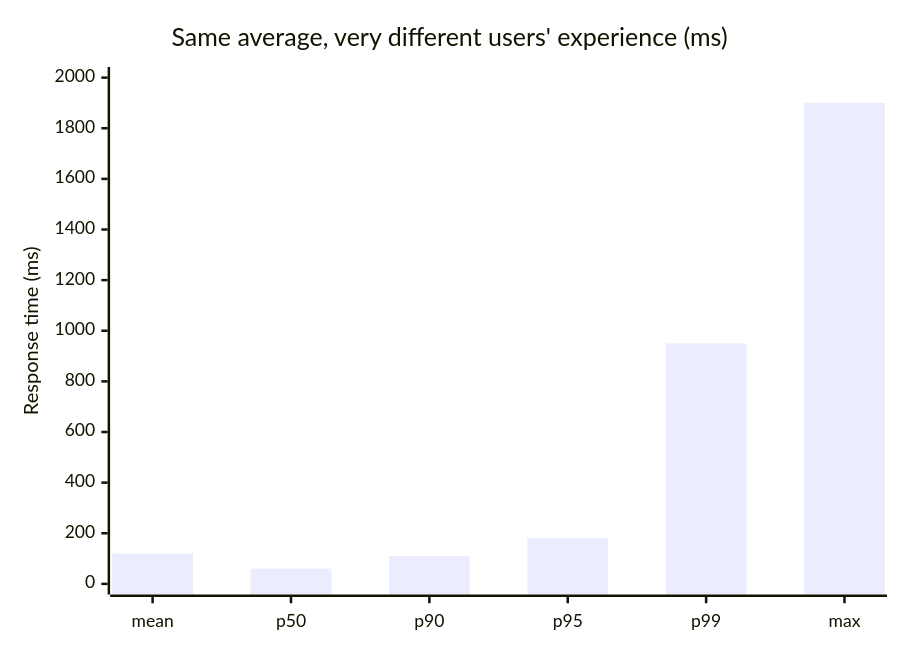
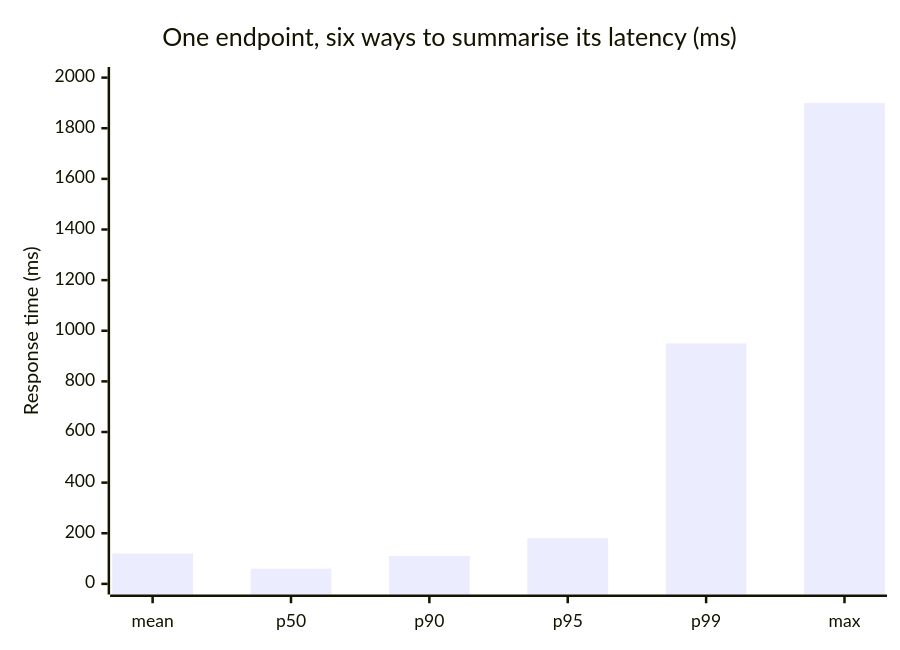
One commit to cam-ai-lab/deepseek-test changed the diagram in book/diagrams/18-percentiles.mmd. Above: the diagram before and after it, drawn with Mermaid. The commit also changed 17 other files, not shown here.

```diff
--- a/book/diagrams/18-percentiles.mmd
+++ b/book/diagrams/18-percentiles.mmd
@@ -1,5 +1,5 @@
 xychart-beta
-    title "Same average, very different users' experience (ms)"
+    title "One endpoint, six ways to summarise its latency (ms)"
     x-axis ["mean", "p50", "p90", "p95", "p99", "max"]
     y-axis "Response time (ms)" 0 --> 2000
     bar [120, 60, 110, 180, 950, 1900]
```
